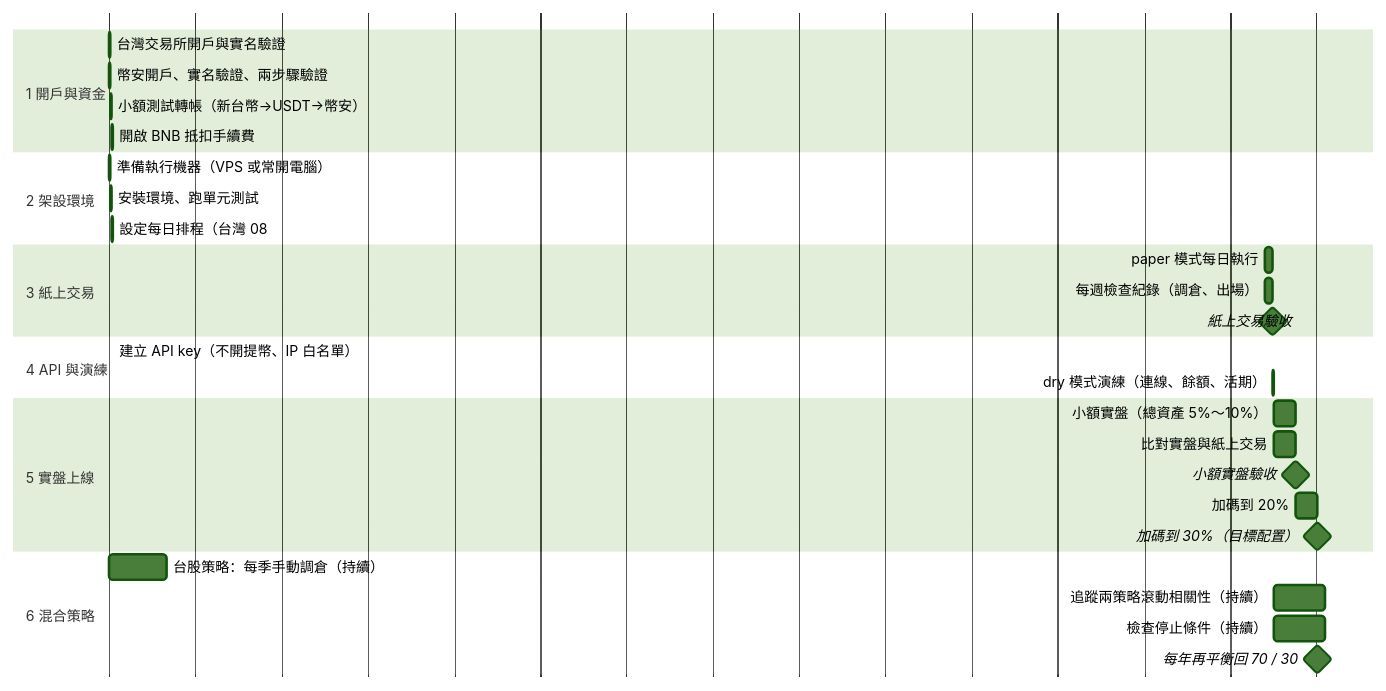
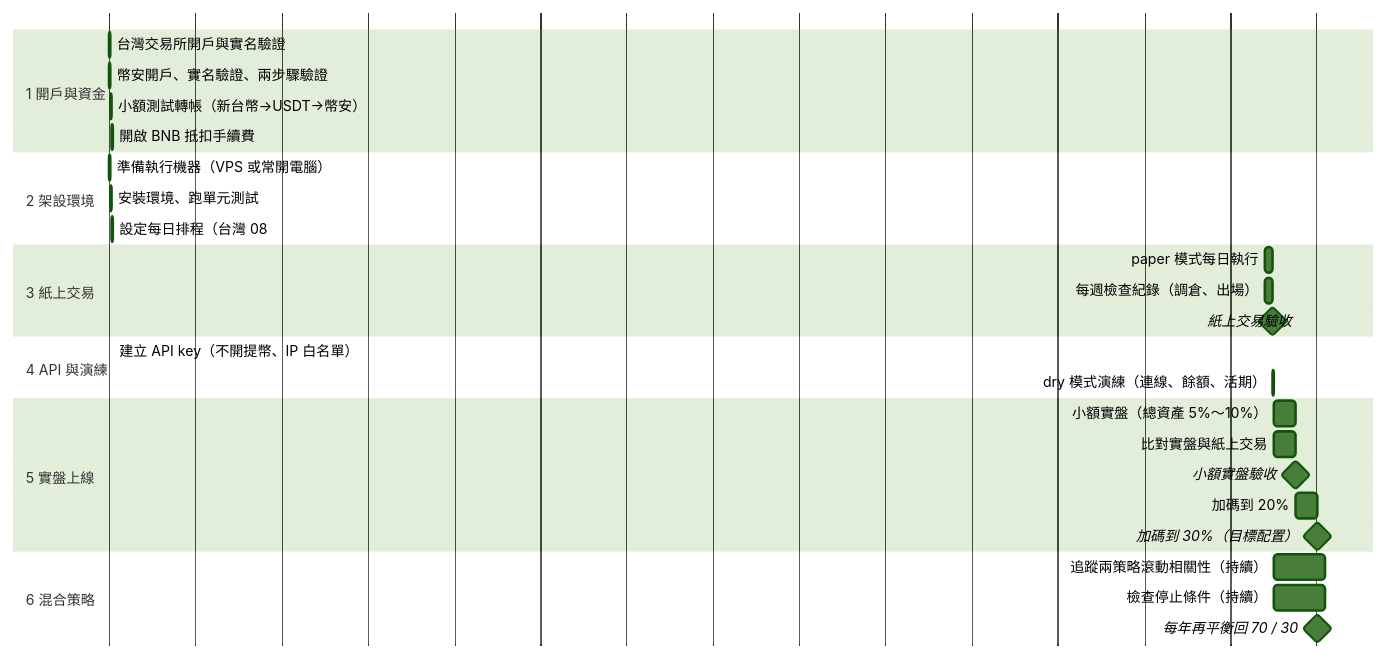
Before and after one commit to amu-0713/123: the diagram in docs/roadmap.md, drawn with Mermaid (forest theme). The commit also changed other lines of this file, not shown here.

First line of the commit message:
Roadmap: drop Taiwan quarterly rebalance bar

````diff
--- a/docs/roadmap.md
+++ b/docs/roadmap.md
@@ -5,39 +5,38 @@
 ```mermaid
 gantt
     dateFormat  YYYY-MM-DD
     axisFormat  %
     todayMarker off
 
     section 1 開戶與資金
     台灣交易所開戶與實名驗證          :a1, 2000-01-01, 2w
     幣安開戶、實名驗證、兩步驟驗證      :a2, 2000-01-01, 2w
     小額測試轉帳（新台幣→USDT→幣安）   :a3, after a1 a2, 1w
     開啟 BNB 抵扣手續費               :a4, after a3, 1w
 
     section 2 架設環境
     準備執行機器（VPS 或常開電腦）      :b1, 2000-01-01, 2w
     安裝環境、跑單元測試               :b2, after b1, 1w
     設定每日排程（台灣 08:05）         :b3, after b2, 1w
 
     section 3 紙上交易
     paper 模式每日執行                :c1, after b3, 10w
     每週檢查紀錄（調倉、出場）          :c2, after b3, 10w
     紙上交易驗收                      :milestone, m1, after c1, 0d
 
     section 4 API 與演練
     建立 API key（不開提幣、IP 白名單） :d1, after a4, 1w
     dry 模式演練（連線、餘額、活期）    :d2, after d1 c1, 1w
 
     section 5 實盤上線
     小額實盤（總資產 5%～10%）         :e1, after d2, 26w
     比對實盤與紙上交易                 :e2, after d2, 26w
     小額實盤驗收                      :milestone, m2, after e1, 0d
     加碼到 20%                        :e3, after e1, 26w
     加碼到 30%（目標配置）             :milestone, m3, after e3, 0d
 
     section 6 混合策略
-    台股策略：每季手動調倉（持續）      :f1, 2000-01-01, 70w
     追蹤兩策略滾動相關性（持續）        :f2, after d2, 62w
     檢查停止條件（持續）               :f3, after d2, 62w
     每年再平衡回 70 / 30               :milestone, m4, after e3, 0d
 ```
````
